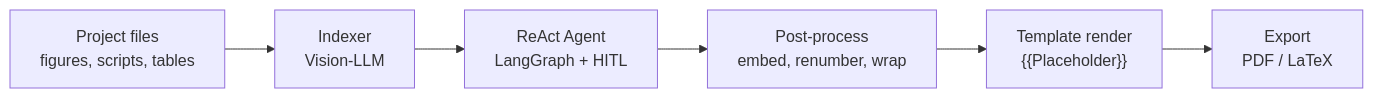
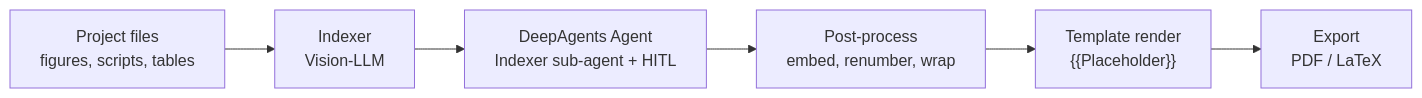
One commit to BrainStOrmics/BIA-Brief changed the diagram in README.md. Above: the diagram before and after it, drawn with Mermaid. The commit also changed other lines of this file and 14 other files, not shown here.

````diff
--- a/README.md
+++ b/README.md
@@ -50,8 +51,8 @@
 ```mermaid
 flowchart LR
   A[Project files<br/>figures, scripts, tables] --> B[Indexer<br/>Vision-LLM]
-  B --> C[ReAct Agent<br/>LangGraph + HITL]
+  B --> C[DeepAgents Agent<br/>Indexer sub-agent + HITL]
   C --> D[Post-process<br/>embed, renumber, wrap]
   D --> E["Template render<br/>{{Placeholder}}"]
   E --> F[Export<br/>PDF / LaTeX]
 ```
````
